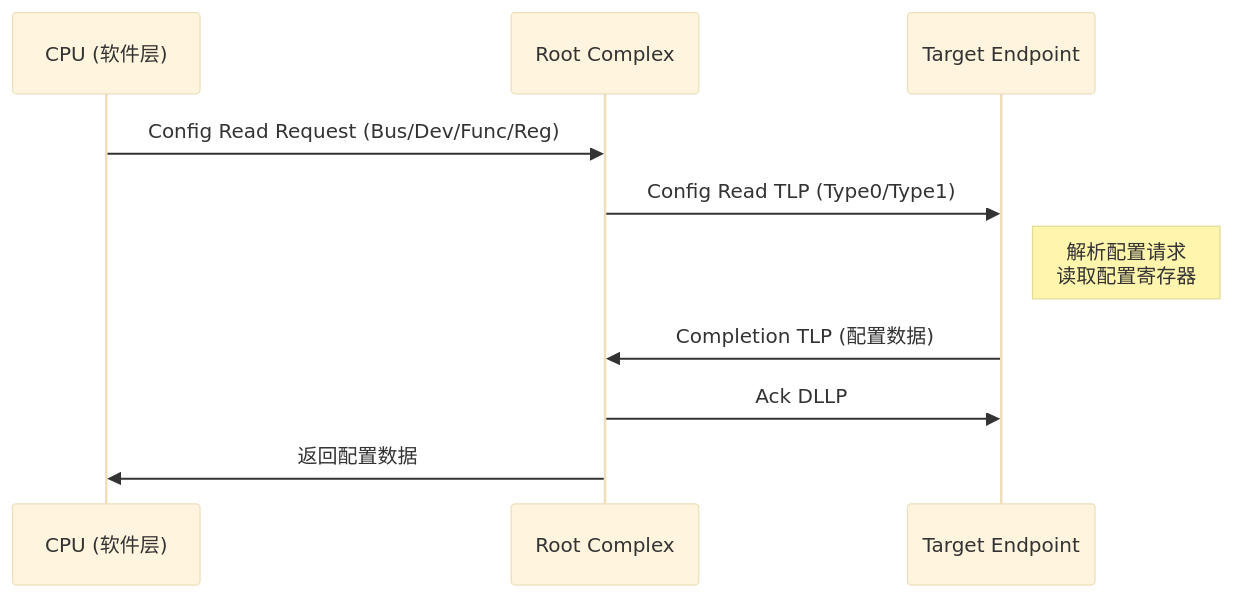
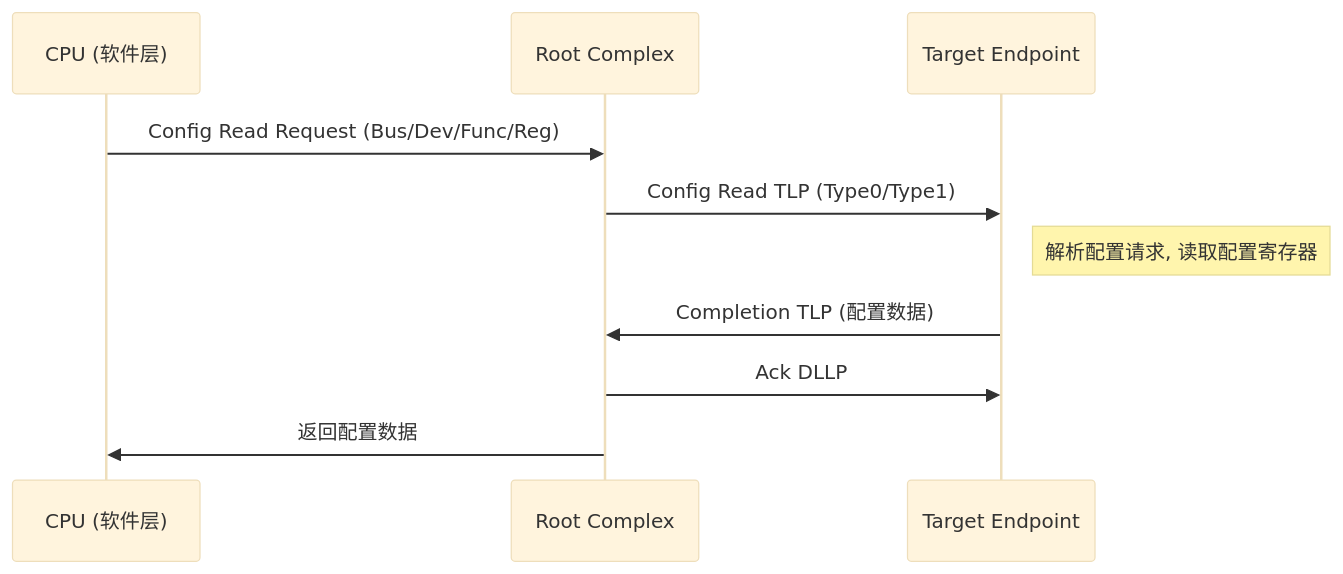
The tenth of 20 diagrams in AI Infra相关/hardware/pcie总线时序分析.md (carlvinhust2012/MyStudy), drawn with Mermaid (base theme) before and after one commit. The commit also changed other lines of this file, not shown here.

````diff
--- a/AI Infra相关/hardware/pcie总线时序分析.md
+++ b/AI Infra相关/hardware/pcie总线时序分析.md
@@ -281,15 +415,15 @@
 ```mermaid
 sequenceDiagram
     participant CPU as CPU (软件层)
     participant RC as Root Complex
     participant EP as Target Endpoint
 
     CPU->>RC: Config Read Request (Bus/Dev/Func/Reg)
     RC->>EP: Config Read TLP (Type0/Type1)
 
-    Note right of EP: 解析配置请求<br/>读取配置寄存器
+    Note right of EP: 解析配置请求, 读取配置寄存器
 
     EP->>RC: Completion TLP (配置数据)
     RC->>EP: Ack DLLP
     RC->>CPU: 返回配置数据
 ```
````
